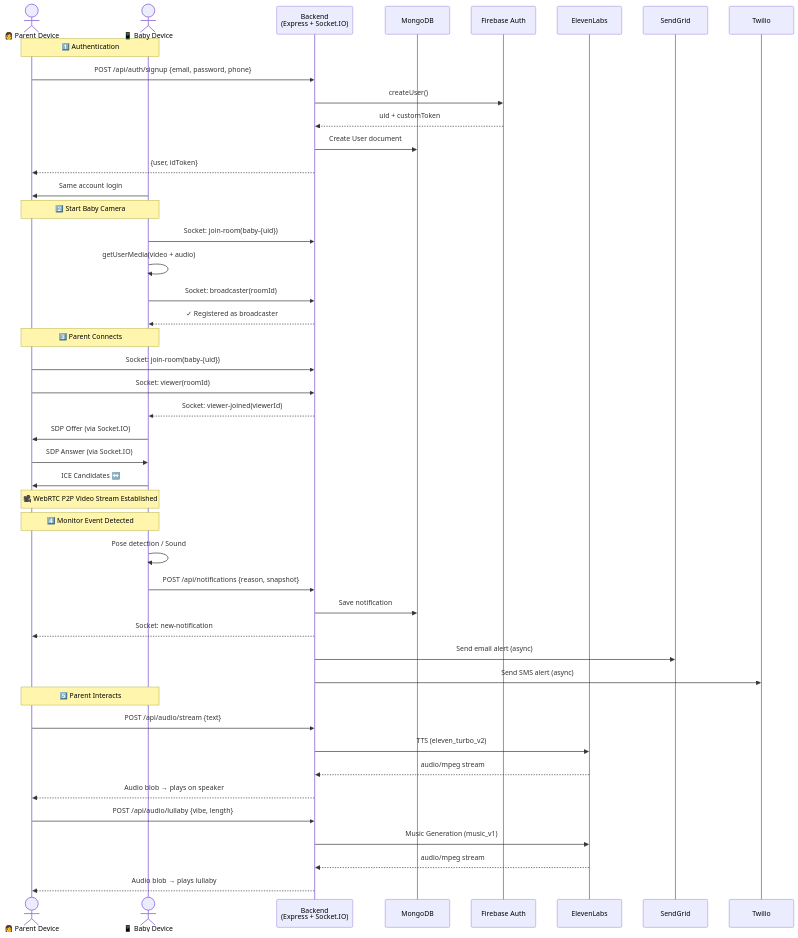
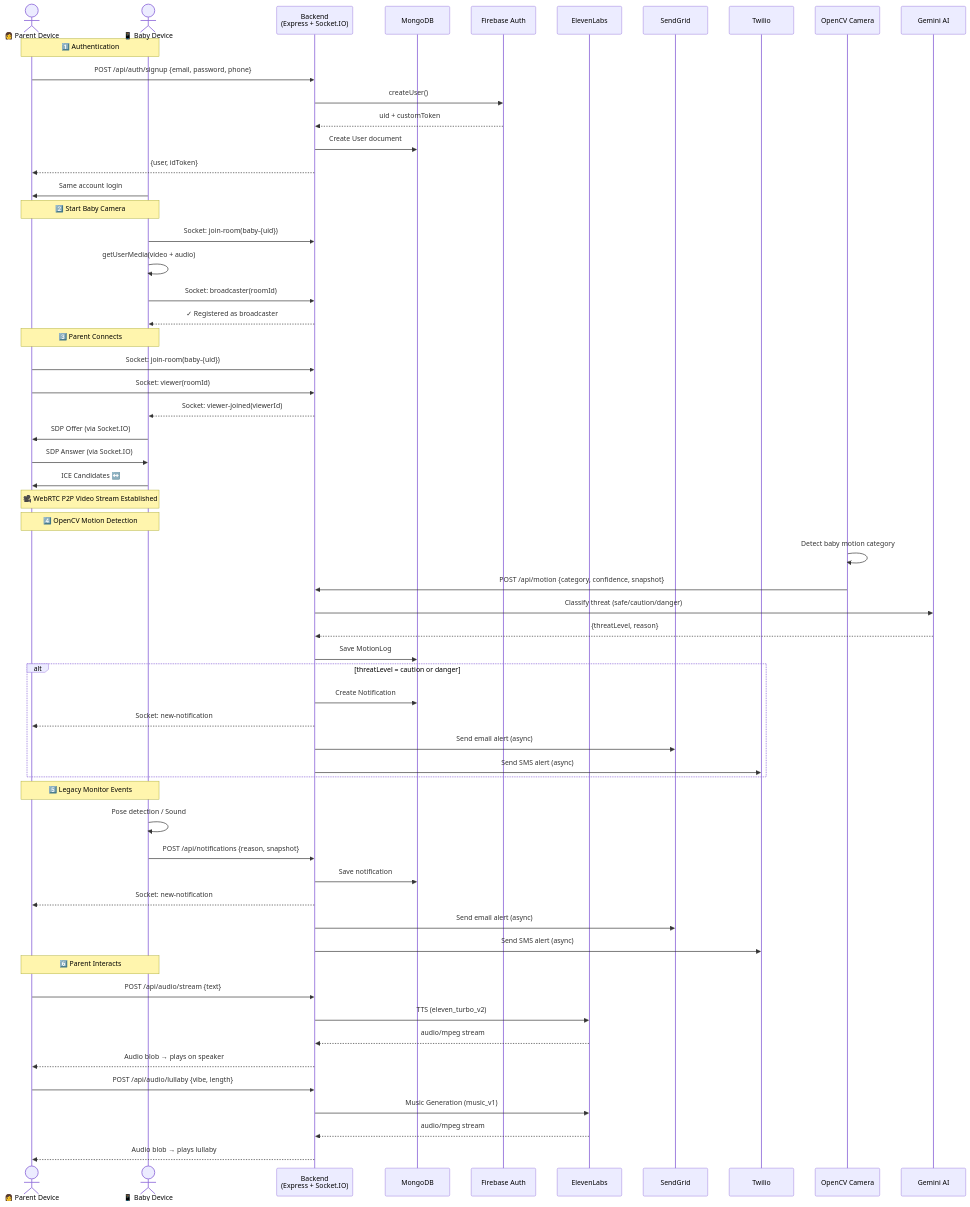
One commit to vvictort/htc-2026 changed the second of 2 diagrams in README.md. Above: the diagram before and after it, drawn with Mermaid. The commit also changed other lines of this file and 11 other files, not shown here.

Commit message:
added baby camera integration

````diff
--- a/README.md
+++ b/README.md
@@ -69,53 +82,68 @@
 ```mermaid
 sequenceDiagram
     actor Parent as 👩 Parent Device
     actor Baby as 📱 Baby Device
     participant BE as Backend<br/>(Express + Socket.IO)
     participant DB as MongoDB
     participant FB as Firebase Auth
     participant EL as ElevenLabs
     participant SG as SendGrid
     participant TW as Twilio
 
     Note over Parent, Baby: 1️⃣ Authentication
     Parent->>BE: POST /api/auth/signup {email, password, phone}
     BE->>FB: createUser()
     FB-->>BE: uid + customToken
     BE->>DB: Create User document
     BE-->>Parent: {user, idToken}
     Baby->>Parent: Same account login
 
     Note over Parent, Baby: 2️⃣ Start Baby Camera
     Baby->>BE: Socket: join-room(baby-{uid})
     Baby->>Baby: getUserMedia(video + audio)
     Baby->>BE: Socket: broadcaster(roomId)
     BE-->>Baby: ✓ Registered as broadcaster
 
     Note over Parent, Baby: 3️⃣ Parent Connects
     Parent->>BE: Socket: join-room(baby-{uid})
     Parent->>BE: Socket: viewer(roomId)
     BE-->>Baby: Socket: viewer-joined(viewerId)
     Baby->>Parent: SDP Offer (via Socket.IO)
     Parent->>Baby: SDP Answer (via Socket.IO)
     Baby->>Parent: ICE Candidates ↔️
     Note over Parent, Baby: 🎥 WebRTC P2P Video Stream Established
 
-    Note over Parent, Baby: 4️⃣ Monitor Event Detected
+    Note over Parent, Baby: 4️⃣ OpenCV Motion Detection
+    participant CV as OpenCV Camera
+    participant GM as Gemini AI
+    CV->>CV: Detect baby motion category
+    CV->>BE: POST /api/motion {category, confidence, snapshot}
+    BE->>GM: Classify threat (safe/caution/danger)
+    GM-->>BE: {threatLevel, reason}
+    BE->>DB: Save MotionLog
+    alt threatLevel = caution or danger
+        BE->>DB: Create Notification
+        BE-->>Parent: Socket: new-notification
+        BE->>SG: Send email alert (async)
+        BE->>TW: Send SMS alert (async)
+    end
+
+    Note over Parent, Baby: 5️⃣ Legacy Monitor Events
     Baby->>Baby: Pose detection / Sound
     Baby->>BE: POST /api/notifications {reason, snapshot}
     BE->>DB: Save notification
     BE-->>Parent: Socket: new-notification
     BE->>SG: Send email alert (async)
     BE->>TW: Send SMS alert (async)
 
-    Note over Parent, Baby: 5️⃣ Parent Interacts
+    Note over Parent, Baby: 6️⃣ Parent Interacts
     Parent->>BE: POST /api/audio/stream {text}
     BE->>EL: TTS (eleven_turbo_v2)
     EL-->>BE: audio/mpeg stream
     BE-->>Parent: Audio blob → plays on speaker
 
     Parent->>BE: POST /api/audio/lullaby {vibe, length}
     BE->>EL: Music Generation (music_v1)
     EL-->>BE: audio/mpeg stream
     BE-->>Parent: Audio blob → plays lullaby
 ```
````
